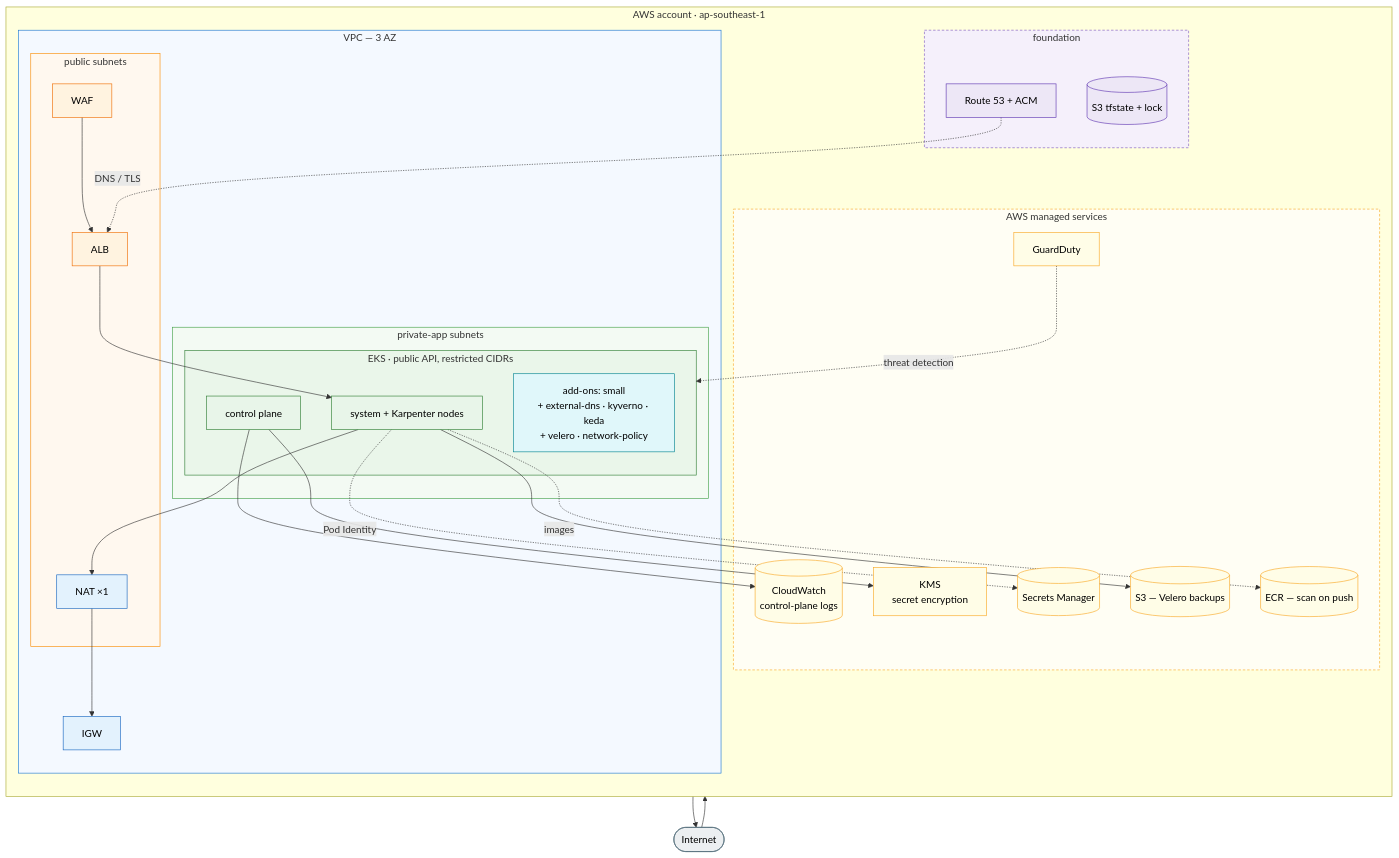
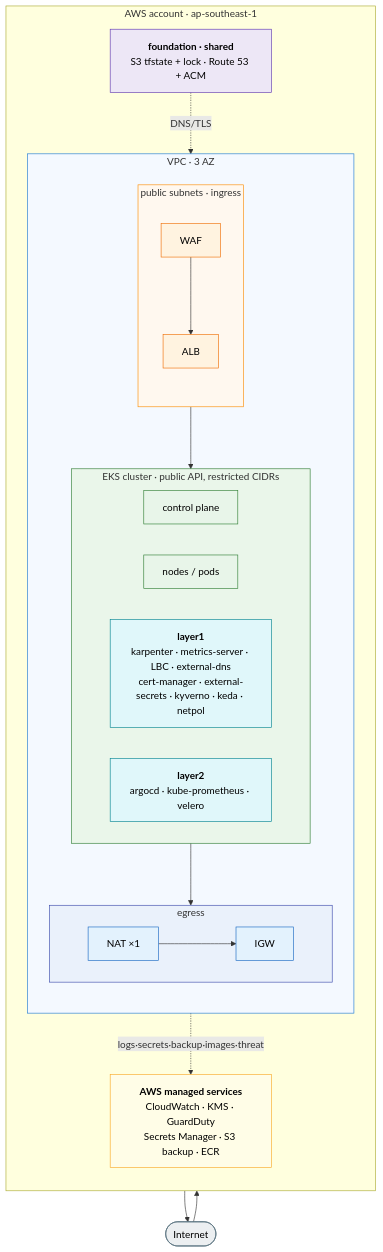
One commit to trongnvv/aws-iac changed the second of 3 diagrams in eks/docs/ARCHITECTURE.md. Above: the diagram before and after it, drawn with Mermaid. The commit also changed other lines of this file, not shown here.

````diff
--- a/eks/docs/ARCHITECTURE.md
+++ b/eks/docs/ARCHITECTURE.md
@@ -70,62 +70,45 @@
 ```mermaid
 flowchart TB
   internet([Internet]):::ext
-
   subgraph acct["AWS account · ap-southeast-1"]
     direction TB
-
-    subgraph found["foundation"]
-      tfstate[("S3 tfstate + lock")]:::fnd
-      dns["Route 53 + ACM"]:::fnd
-    end
-
-    subgraph svcs["AWS managed services"]
-      cw[("CloudWatch<br/>control-plane logs")]:::svc
-      kms["KMS<br/>secret encryption"]:::svc
-      gd["GuardDuty"]:::svc
-      sm[("Secrets Manager")]:::svc
-      s3b[("S3 — Velero backups")]:::svc
-      ecr[("ECR — scan on push")]:::svc
-    end
-
-    subgraph vpc["VPC — 3 AZ"]
-      igw["IGW"]:::net
-      subgraph pub["public subnets"]
-        waf["WAF"]:::edge
-        alb["ALB"]:::edge
-        nat["NAT ×1"]:::net
+    found["<b>foundation · shared</b><br/>S3 tfstate + lock · Route 53 + ACM"]:::fnd
+    subgraph vpc["VPC · 3 AZ"]
+      direction TB
+      subgraph ingress["public subnets · ingress"]
+        direction TB
+        waf["WAF"]:::edge --> alb["ALB"]:::edge
       end
-      subgraph app["private-app subnets"]
-        subgraph eks["EKS · public API, restricted CIDRs"]
-          cp["control plane"]:::eks
-          nodes["system + Karpenter nodes"]:::eks
-          addons["add-ons: small<br/>+ external-dns · kyverno · keda<br/>+ velero · network-policy"]:::add
-        end
+      subgraph eks["EKS cluster · public API, restricted CIDRs"]
+        direction LR
+        cp["control plane"]:::eks
+        nodes["nodes / pods"]:::eks
+        l1["<b>layer1</b><br/>karpenter · metrics-server · LBC · external-dns<br/>cert-manager · external-secrets · kyverno · keda · netpol"]:::add
+        l2["<b>layer2</b><br/>argocd · kube-prometheus · velero"]:::add
+      end
+      subgraph egr["egress"]
+        direction LR
+        nat["NAT ×1"]:::net --> igw["IGW"]:::net
       end
     end
+    svc["<b>AWS managed services</b><br/>CloudWatch · KMS · GuardDuty<br/>Secrets Manager · S3 backup · ECR"]:::svc
   end
+  internet --> waf
+  alb --> nodes
+  found -. DNS/TLS .-> alb
+  nodes --> nat
+  igw --> internet
+  nodes -. logs·secrets·backup·images·threat .-> svc
 
-  internet --> waf --> alb --> nodes
-  dns -. DNS / TLS .-> alb
-  nodes --> nat --> igw --> internet
-  cp --> cw
-  cp --> kms
-  gd -. threat detection .-> eks
-  nodes -. Pod Identity .-> sm
-  nodes --> s3b
-  nodes -. images .-> ecr
-
-  classDef ext  fill:#eceff1,stroke:#546e7a,color:#000
-  classDef fnd  fill:#ede7f6,stroke:#5e35b1,color:#000
-  classDef net  fill:#e3f2fd,stroke:#1565c0,color:#000
+  classDef ext fill:#eceff1,stroke:#546e7a,color:#000
+  classDef fnd fill:#ede7f6,stroke:#5e35b1,color:#000
+  classDef net fill:#e3f2fd,stroke:#1565c0,color:#000
   classDef edge fill:#fff3e0,stroke:#ef6c00,color:#000
-  classDef eks  fill:#e8f5e9,stroke:#2e7d32,color:#000
-  classDef add  fill:#e0f7fa,stroke:#00838f,color:#000
-  classDef svc  fill:#fffde7,stroke:#f9a825,color:#000
-  style found fill:#f5f0fb,stroke:#7e57c2,stroke-dasharray:4 3
-  style svcs fill:#fffef4,stroke:#f9a825,stroke-dasharray:4 3
+  classDef eks fill:#e8f5e9,stroke:#2e7d32,color:#000
+  classDef add fill:#e0f7fa,stroke:#00838f,color:#000
+  classDef svc fill:#fffde7,stroke:#f9a825,color:#000
   style vpc fill:#f4f9ff,stroke:#1976d2
-  style pub fill:#fff8ef,stroke:#fb8c00
-  style app fill:#f3faf3,stroke:#43a047
+  style ingress fill:#fff8ef,stroke:#fb8c00
+  style egr fill:#eaf1fb,stroke:#3949ab
   style eks fill:#eaf6ea,stroke:#2e7d32
 ```
````
